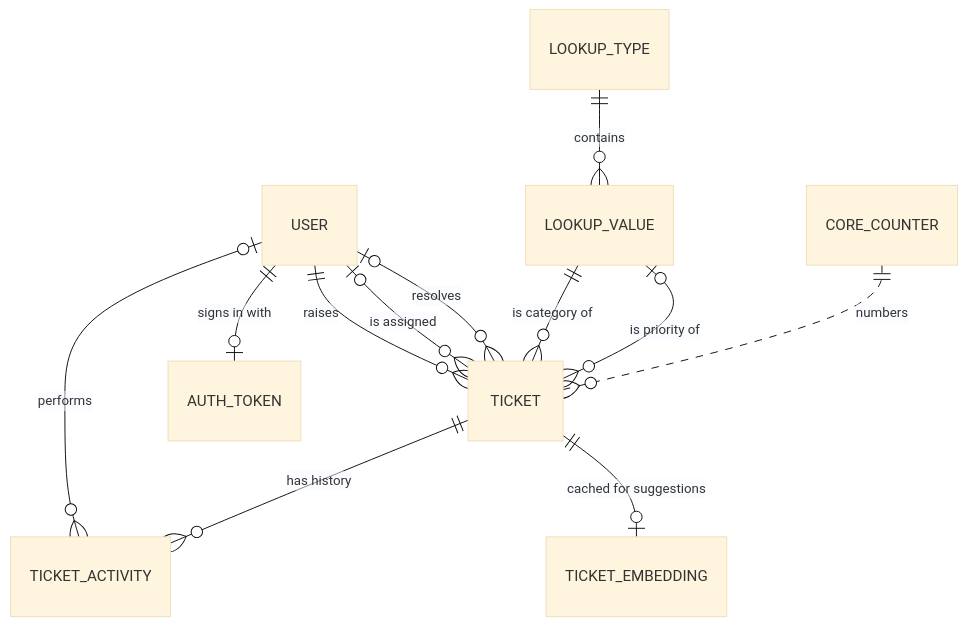
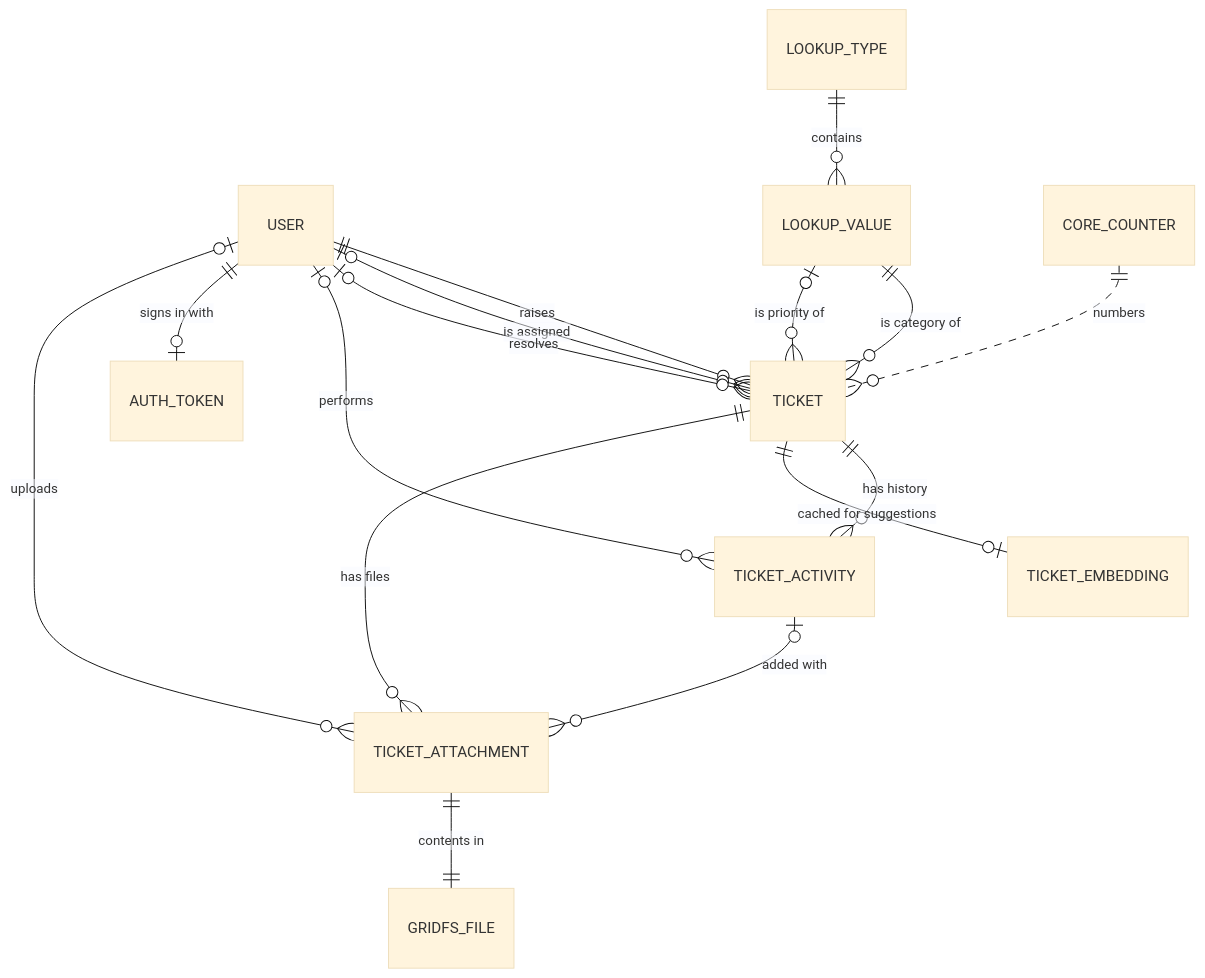
The first of 5 diagrams in docs/ER_DIAGRAMS.md (arunsanjeevms/Smart-Support-Desk), drawn with Mermaid (base theme) before and after one commit. The commit also changed other lines of this file and 6 other files, not shown here.

````diff
--- a/docs/ER_DIAGRAMS.md
+++ b/docs/ER_DIAGRAMS.md
@@ -47,14 +49,18 @@
 ```mermaid
 erDiagram
     USER ||--o{ TICKET : "raises"
     USER |o--o{ TICKET : "is assigned"
     USER |o--o{ TICKET : "resolves"
     USER |o--o{ TICKET_ACTIVITY : "performs"
     USER ||--o| AUTH_TOKEN : "signs in with"
     TICKET ||--o{ TICKET_ACTIVITY : "has history"
     LOOKUP_TYPE ||--o{ LOOKUP_VALUE : "contains"
     LOOKUP_VALUE ||--o{ TICKET : "is category of"
     LOOKUP_VALUE |o--o{ TICKET : "is priority of"
     CORE_COUNTER ||..o{ TICKET : "numbers"
     TICKET ||--o| TICKET_EMBEDDING : "cached for suggestions"
+    TICKET ||--o{ TICKET_ATTACHMENT : "has files"
+    TICKET_ACTIVITY |o--o{ TICKET_ATTACHMENT : "added with"
+    USER |o--o{ TICKET_ATTACHMENT : "uploads"
+    TICKET_ATTACHMENT ||--|| GRIDFS_FILE : "contents in"
 ```
````
